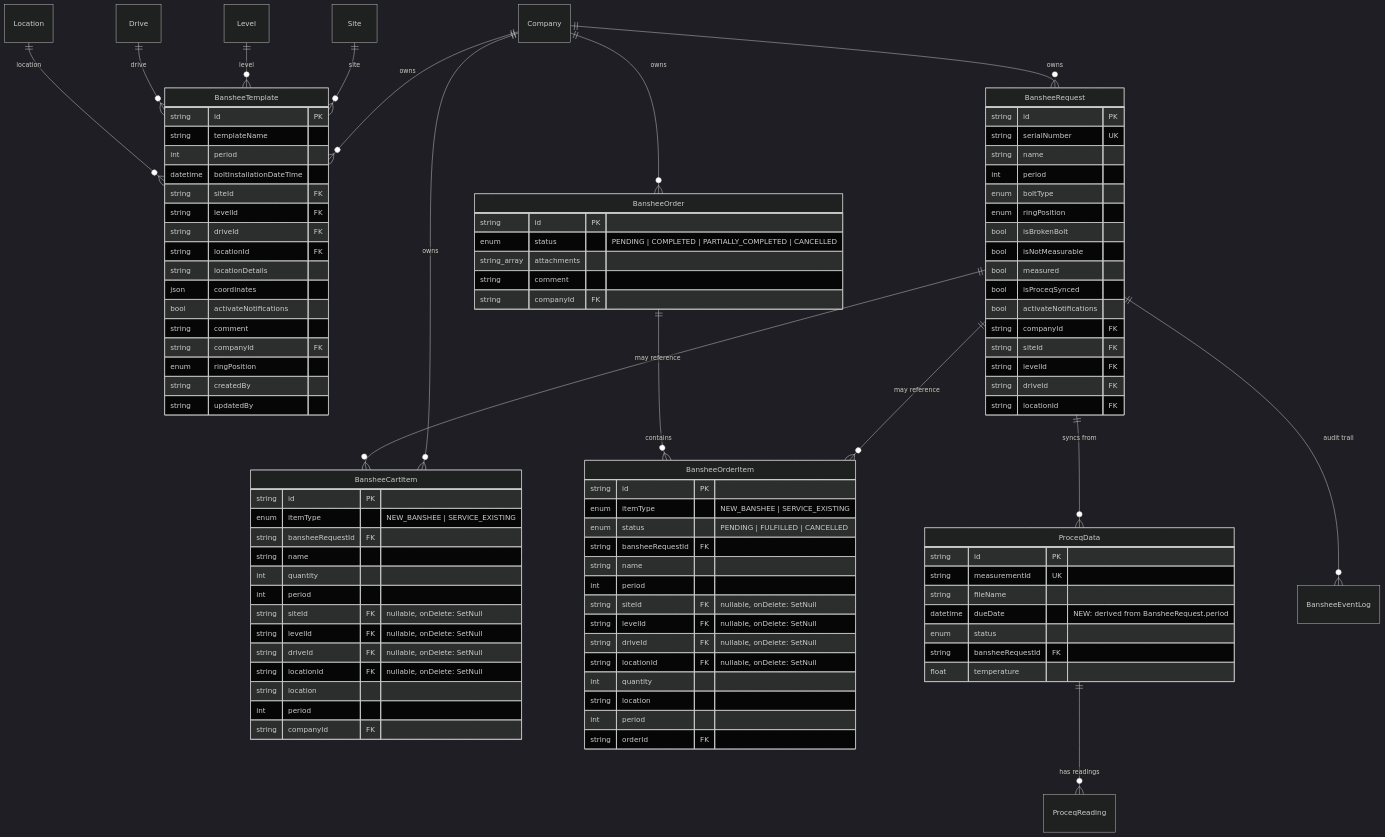
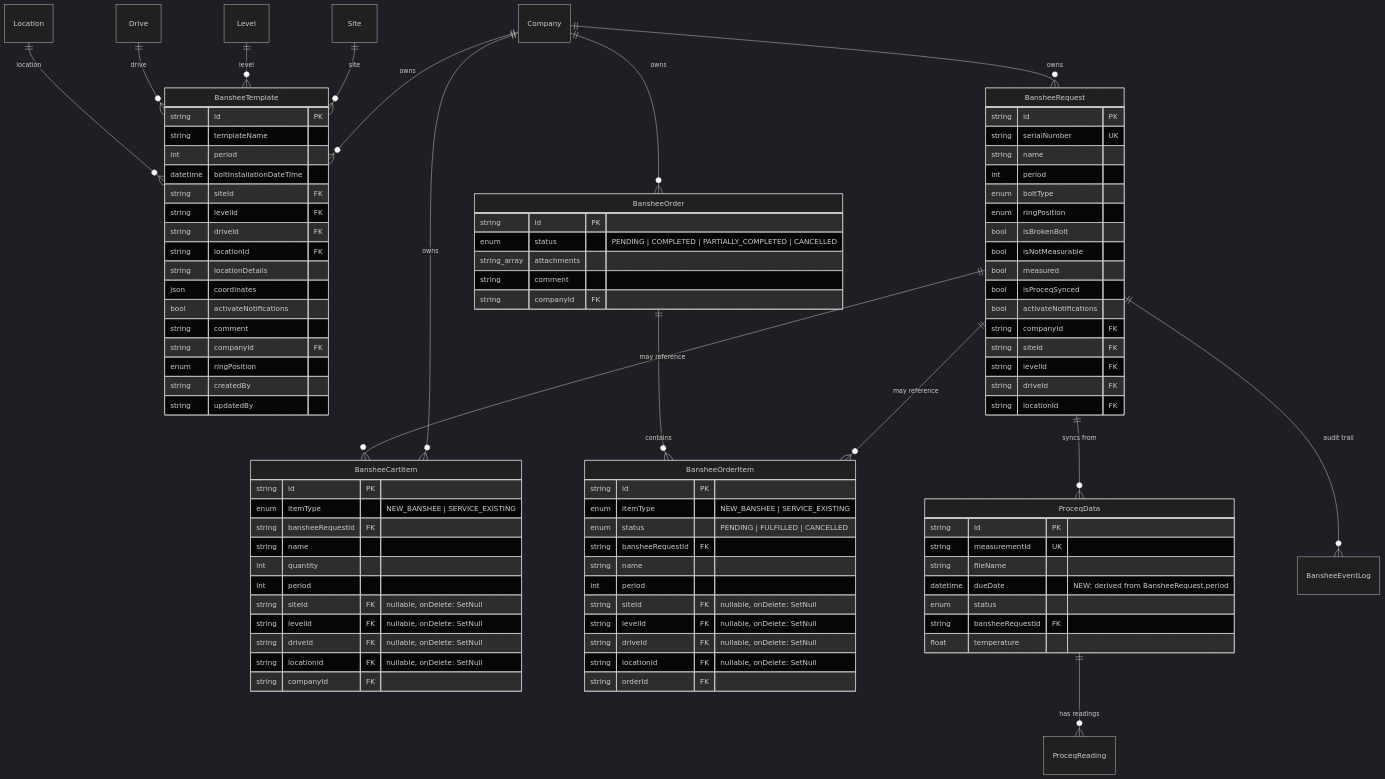
Diagram 11 of 21 in docs/techinal-design-document.md (omikking/iot-device), drawn with Mermaid (dark theme) before and after one commit. The commit also changed other lines of this file and 8 other files, not shown here.

```diff
--- a/docs/techinal-design-document.md
+++ b/docs/techinal-design-document.md
@@ -1115,8 +1114,6 @@
         string levelId FK "nullable, onDelete: SetNull"
         string driveId FK "nullable, onDelete: SetNull"
         string locationId FK "nullable, onDelete: SetNull"
-        string location
-        int period
         string companyId FK
     }
 
@@ -1139,9 +1136,6 @@
         string levelId FK "nullable, onDelete: SetNull"
         string driveId FK "nullable, onDelete: SetNull"
         string locationId FK "nullable, onDelete: SetNull"
-        int quantity
-        string location
-        int period
         string orderId FK
     }
 
```
